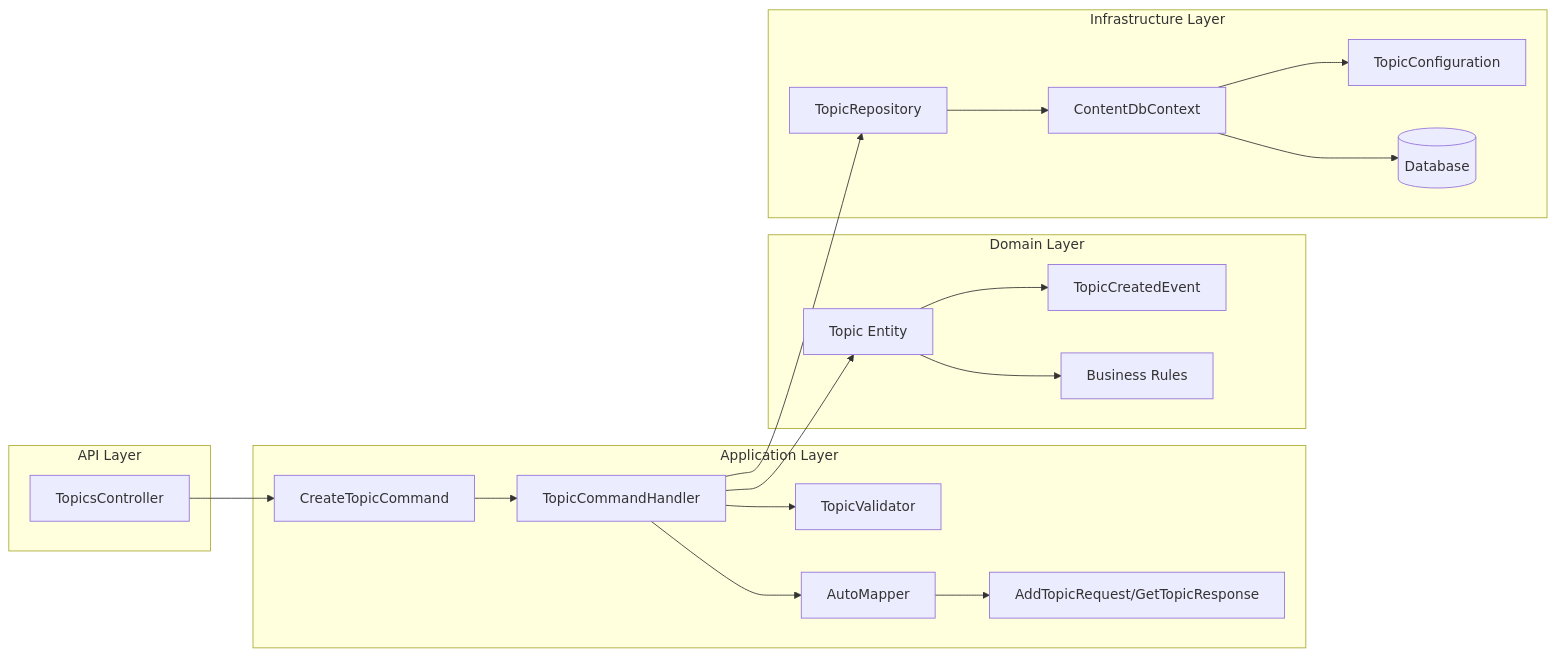
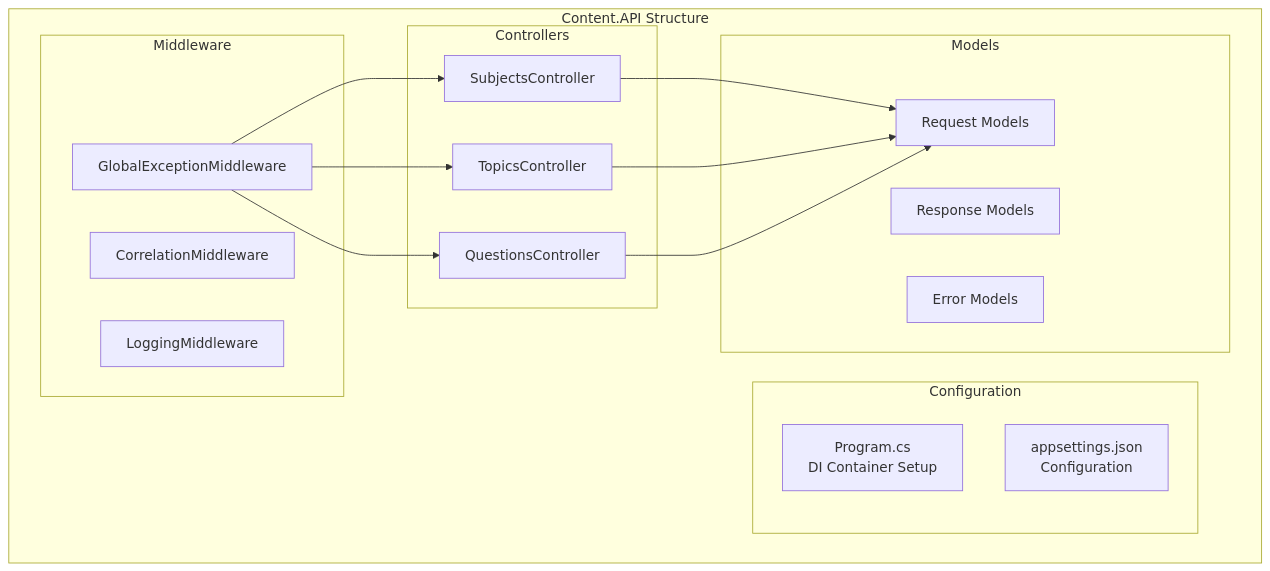
One commit to nirmand/Wisgenix-AI changed the first of 13 diagrams in docs/low-level-design.md. Above: the diagram before and after it, drawn with Mermaid. The commit also changed other lines of this file and 3 other files, not shown here.

````diff
--- a/docs/low-level-design.md
+++ b/docs/low-level-design.md
@@ -5,40 +7,34 @@
 ```mermaid
-graph LR
-    subgraph "API Layer"
-        Controller[TopicsController]
+graph TB
+    subgraph "Content.API Structure"
+        subgraph "Controllers"
+            SC[SubjectsController]
+            TC[TopicsController]
+            QC[QuestionsController]
+        end
+        
+        subgraph "Middleware"
+            GM[GlobalExceptionMiddleware]
+            CM[CorrelationMiddleware]
+            LM[LoggingMiddleware]
+        end
+        
+        subgraph "Configuration"
+            PS[Program.cs<br/>DI Container Setup]
+            AS[appsettings.json<br/>Configuration]
+        end
+        
+        subgraph "Models"
+            REQ[Request Models]
+            RES[Response Models]
+            ERR[Error Models]
+        end
     end
     
-    subgraph "Application Layer"
-        Command[CreateTopicCommand]
-        Handler[TopicCommandHandler]
-        DTO[AddTopicRequest/GetTopicResponse]
-        Validator[TopicValidator]
-        Mapper[AutoMapper]
-    end
-    
-    subgraph "Domain Layer"
-        Entity[Topic Entity]
-        Events[TopicCreatedEvent]
-        Rules[Business Rules]
-    end
-    
-    subgraph "Infrastructure Layer"
-        Repo[TopicRepository]
-        Config[TopicConfiguration]
-        Context[ContentDbContext]
-        DB[(Database)]
-    end
-    
-    Controller --> Command
-    Command --> Handler
-    Handler --> Validator
-    Handler --> Entity
-    Handler --> Repo
-    Entity --> Events
-    Entity --> Rules
-    Repo --> Context
-    Context --> Config
-    Context --> DB
-    Handler --> Mapper
-    Mapper --> DTO
+    GM --> SC
+    GM --> TC
+    GM --> QC
+    SC --> REQ
+    TC --> REQ
+    QC --> REQ
 ```
````
